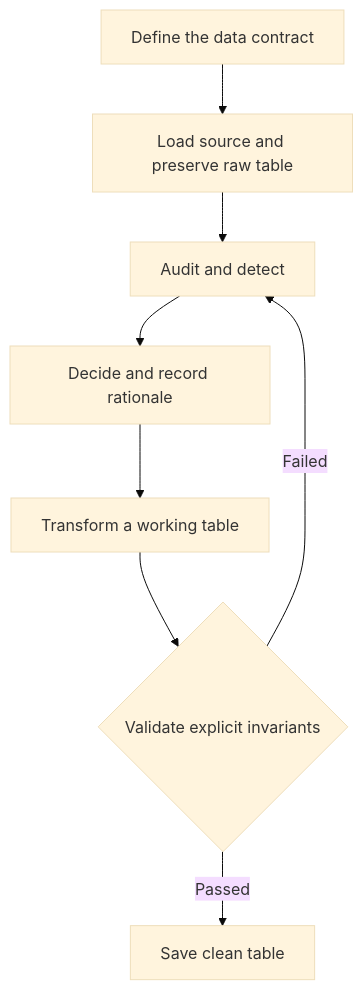
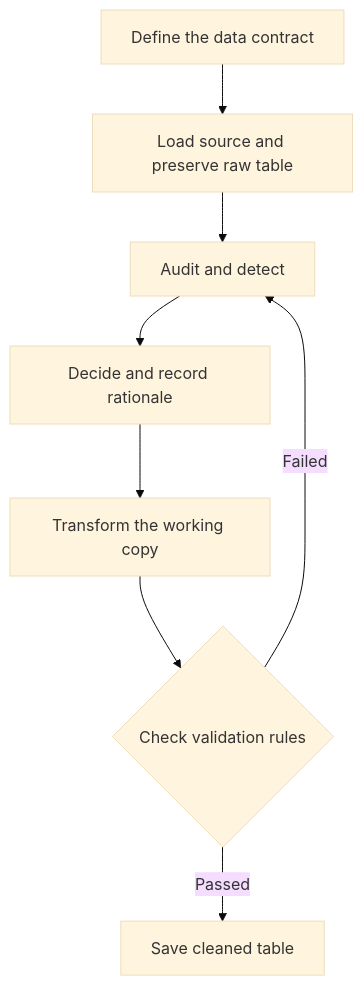
The diagram in 05/README.md (christopherseaman/datasci_217), drawn with Mermaid (base theme) before and after one commit. The commit also changed other lines of this file and 28 other files, not shown here.

````diff
--- a/05/README.md
+++ b/05/README.md
@@ -688,10 +846,10 @@
 ```mermaid
 graph TD
     A[Define the data contract] --> B[Load source and preserve raw table]
     B --> C[Audit and detect]
     C --> D[Decide and record rationale]
-    D --> E[Transform a working table]
-    E --> F{Validate explicit invariants}
+    D --> E[Transform the working copy]
+    E --> F{Check validation rules}
     F -->|Failed| C
-    F -->|Passed| G[Save clean table]
+    F -->|Passed| G[Save cleaned table]
 ```
````
